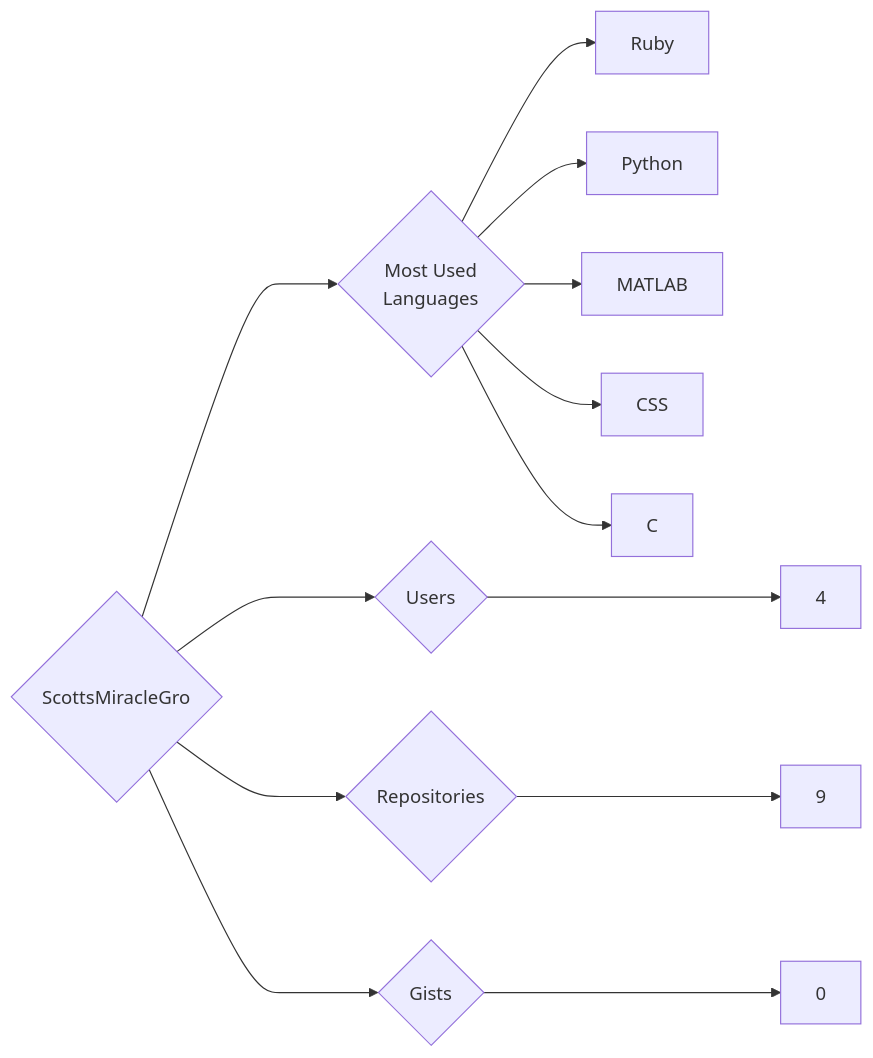
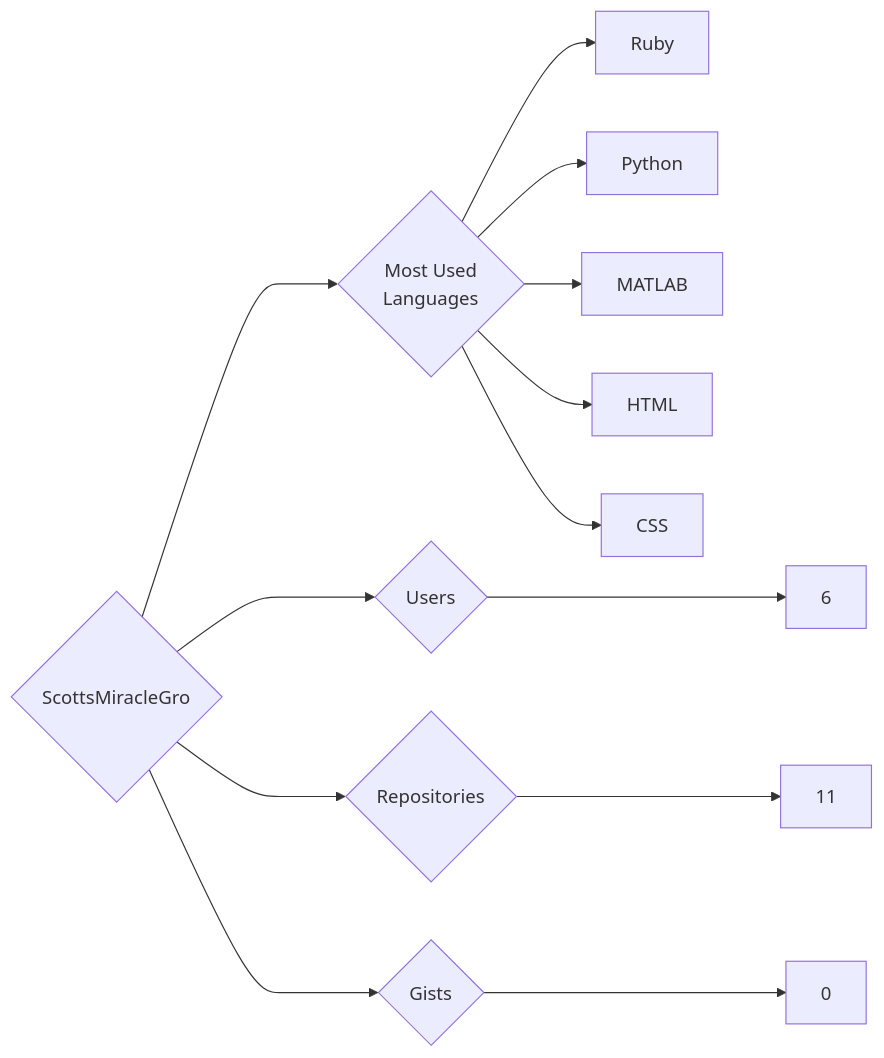
The diagram in targets/ScottsMiracleGro/README.md (trickest/insiders), drawn with Mermaid before and after one commit. The commit also changed 1508 other files, not shown here.

````diff
--- a/targets/ScottsMiracleGro/README.md
+++ b/targets/ScottsMiracleGro/README.md
@@ -3,13 +3,13 @@
 ```mermaid
 graph LR
 COMPANY_NAME{ScottsMiracleGro}
-COMPANY_NAME ---> U{Users} ---> UN[4]
-COMPANY_NAME ---> R{Repositories} ---> RN[9]
+COMPANY_NAME ---> U{Users} ---> UN[6]
+COMPANY_NAME ---> R{Repositories} ---> RN[11]
 COMPANY_NAME ---> G{Gists} ---> GN[0]
 COMPANY_NAME ---> ML{Most Used<br>Languages}
 ML --> Ruby[Ruby]
 ML --> Python[Python]
 ML --> MATLAB[MATLAB]
+ML --> HTML[HTML]
 ML --> CSS[CSS]
-ML --> C[C]
 ```
````
